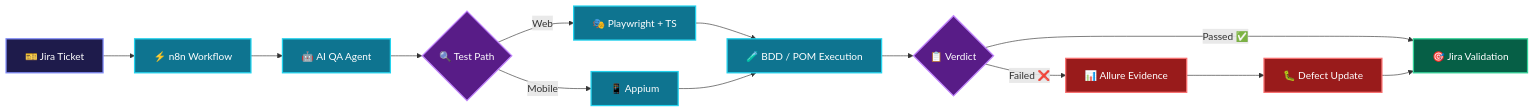
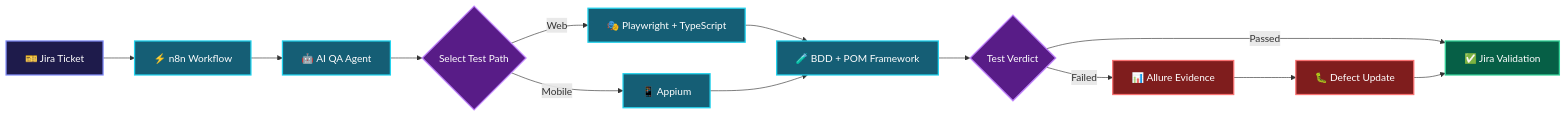
Before and after one commit to Doua-Gannouni/Doua-Gannouni: the diagram in README.md, drawn with Mermaid. The commit also changed other lines of this file, not shown here.

````diff
--- a/README.md
+++ b/README.md
@@ -76,31 +123,32 @@
 ```mermaid
 flowchart LR
     A["🎫 Jira Ticket"] --> B["⚡ n8n Workflow"]
     B --> C["🤖 AI QA Agent"]
-    C --> D{"🔍 Test Path"}
+    C --> D{"Select Test Path"}
 
-    D -->|Web| E["🎭 Playwright + TS"]
+    D -->|Web| E["🎭 Playwright + TypeScript"]
     D -->|Mobile| F["📱 Appium"]
 
-    E --> G["🧪 BDD / POM Execution"]
+    E --> G["🧪 BDD + POM Framework"]
     F --> G
 
-    G --> H{"📋 Verdict"}
-    H -->|Passed ✅| I["🎯 Jira Validation"]
-    H -->|Failed ❌| J["📊 Allure Evidence"]
+    G --> H{"Test Verdict"}
+
+    H -->|Passed| I["✅ Jira Validation"]
+    H -->|Failed| J["📊 Allure Evidence"]
 
     J --> K["🐛 Defect Update"]
     K --> I
 
     classDef source fill:#1e1b4b,color:#ffffff,stroke:#818cf8,stroke-width:2px;
-    classDef process fill:#0e7490,color:#ffffff,stroke:#22d3ee,stroke-width:2px;
+    classDef process fill:#155e75,color:#ffffff,stroke:#22d3ee,stroke-width:2px;
     classDef decision fill:#581c87,color:#ffffff,stroke:#c084fc,stroke-width:2px;
     classDef success fill:#065f46,color:#ffffff,stroke:#34d399,stroke-width:2px;
-    classDef failure fill:#991b1b,color:#ffffff,stroke:#f87171,stroke-width:2px;
+    classDef failure fill:#7f1d1d,color:#ffffff,stroke:#f87171,stroke-width:2px;
 
     class A source;
     class B,C,E,F,G process;
     class D,H decision;
     class I success;
     class J,K failure;
 ```
````
